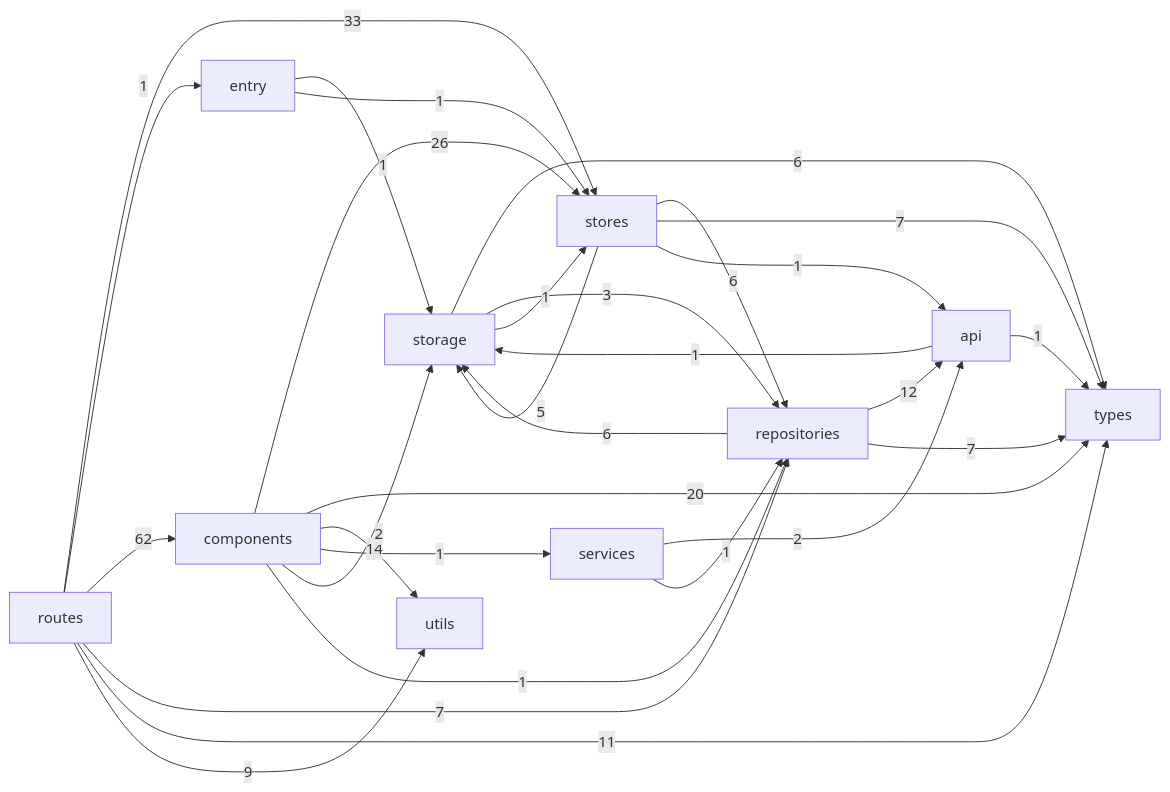
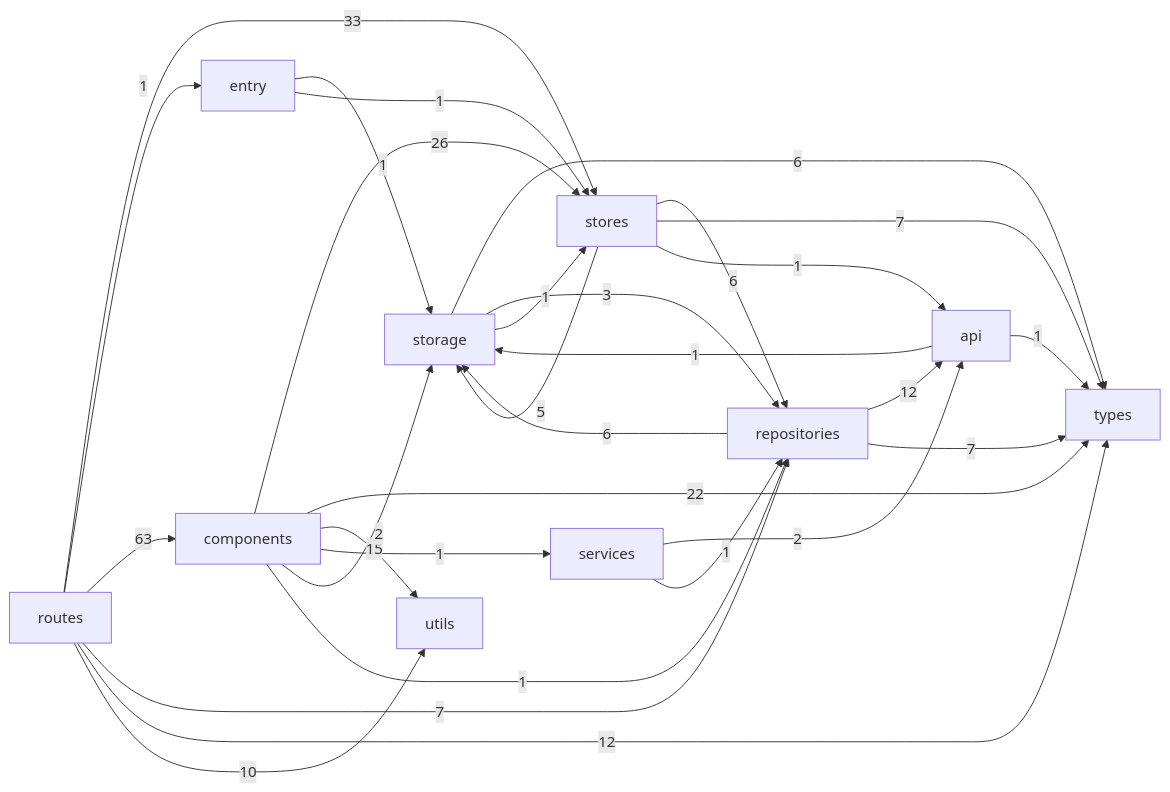
One commit to surajfale/notes-tasks changed the second of 2 diagrams in docs/CODEBASE_GRAPH.md. Above: the diagram before and after it, drawn with Mermaid. The commit also changed other lines of this file and 7 other files, not shown here.

````diff
--- a/docs/CODEBASE_GRAPH.md
+++ b/docs/CODEBASE_GRAPH.md
@@ -49,31 +49,31 @@
 ```mermaid
 flowchart LR
     entry["entry"] -->|1| storage["storage"]
     entry["entry"] -->|1| stores["stores"]
     api["api"] -->|1| storage["storage"]
     api["api"] -->|1| types["types"]
     components["components"] -->|26| stores["stores"]
-    components["components"] -->|20| types["types"]
-    components["components"] -->|14| utils["utils"]
+    components["components"] -->|22| types["types"]
+    components["components"] -->|15| utils["utils"]
     components["components"] -->|1| services["services"]
     components["components"] -->|2| storage["storage"]
     components["components"] -->|1| repositories["repositories"]
     repositories["repositories"] -->|12| api["api"]
     repositories["repositories"] -->|7| types["types"]
     repositories["repositories"] -->|6| storage["storage"]
     services["services"] -->|2| api["api"]
     services["services"] -->|1| repositories["repositories"]
     storage["storage"] -->|6| types["types"]
     storage["storage"] -->|3| repositories["repositories"]
     storage["storage"] -->|1| stores["stores"]
     stores["stores"] -->|6| repositories["repositories"]
     stores["stores"] -->|5| storage["storage"]
     stores["stores"] -->|7| types["types"]
     stores["stores"] -->|1| api["api"]
     routes["routes"] -->|33| stores["stores"]
     routes["routes"] -->|1| entry["entry"]
-    routes["routes"] -->|62| components["components"]
+    routes["routes"] -->|63| components["components"]
     routes["routes"] -->|7| repositories["repositories"]
-    routes["routes"] -->|11| types["types"]
-    routes["routes"] -->|9| utils["utils"]
+    routes["routes"] -->|12| types["types"]
+    routes["routes"] -->|10| utils["utils"]
 ```
````
